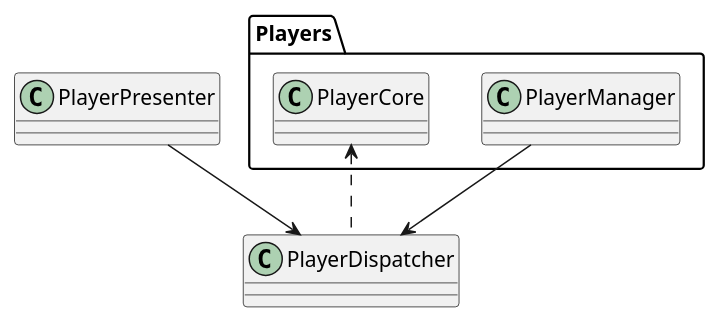
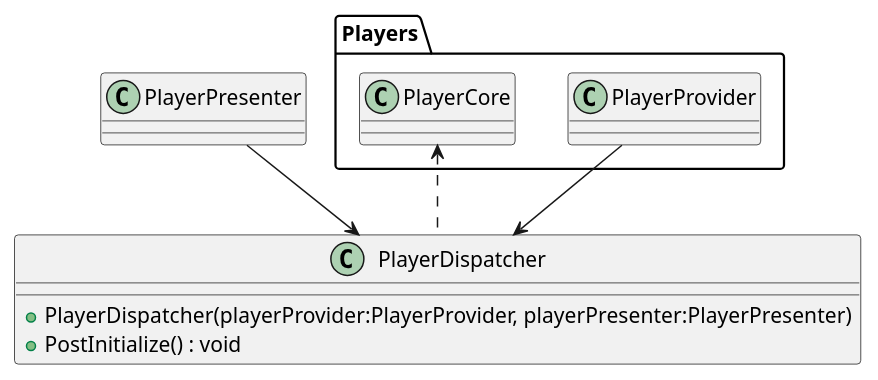
The diagram in plantuml/target/Player/PlayerDispatcher.puml (asterisk-cn/RougueShooter), drawn with PlantUML before and after one commit. The commit also changed 44 other files, not shown here.

Commit message:
change: update uml

```diff
--- a/plantuml/target/Player/PlayerDispatcher.puml
+++ b/plantuml/target/Player/PlayerDispatcher.puml
@@ -1,7 +1,9 @@
 @startuml
 class PlayerDispatcher {
+    + PlayerDispatcher(playerProvider:PlayerProvider, playerPresenter:PlayerPresenter)
+    + PostInitialize() : void
 }
-Players.PlayerManager --> PlayerDispatcher
+Players.PlayerProvider --> PlayerDispatcher
 PlayerPresenter --> PlayerDispatcher
 Players.PlayerCore <.. PlayerDispatcher
 @enduml
```
